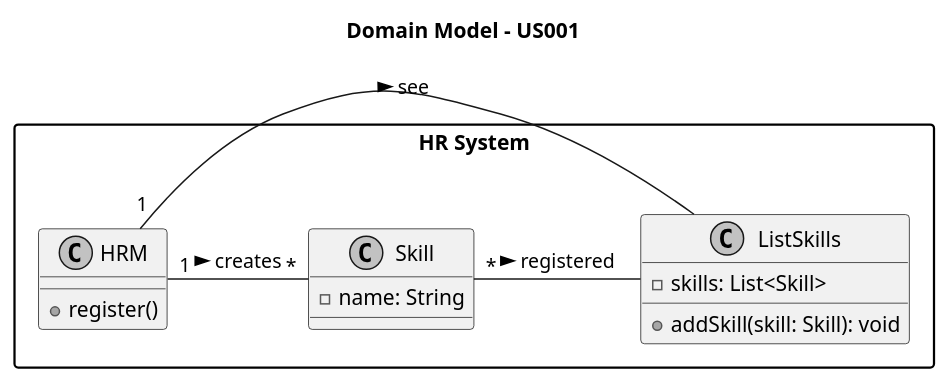
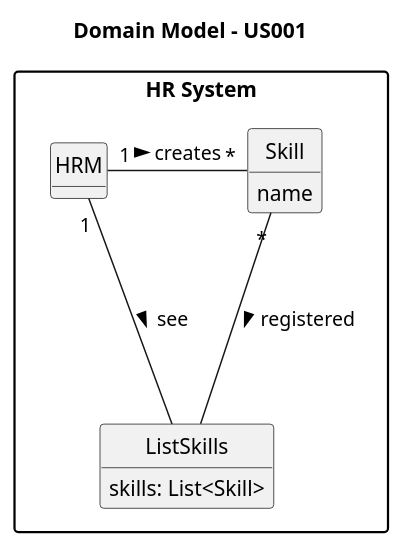
Before and after one commit to SAEmanuel/Green_Spaces_Management_ISEP: the diagram in docs/sprintA/us001/02.analysis/puml/us001-domain-model.puml, drawn with PlantUML. The commit also changed 1 other file, not shown here.

```diff
--- a/docs/sprintA/us001/02.analysis/puml/us001-domain-model.puml
+++ b/docs/sprintA/us001/02.analysis/puml/us001-domain-model.puml
@@ -1,31 +1,32 @@
 @startuml
 
 skinparam monochrome true
 skinparam packageStyle rectangle
 skinparam shadowing false
 
 title Domain Model - US001
 
+hide circles
+hide methods
+
 package "HR System" {
 
     class HRM {
-        + register()
     }
 
     class Skill {
-        - name: String
+        name
     }
 
     class ListSkills {
-        - skills: List<Skill>
-        + addSkill(skill: Skill): void
+        skills: List<Skill>
     }
 
     HRM "1" - "*" Skill : creates >
     HRM "1" - ListSkills : see >
-    Skill "*" -  ListSkills : registered >
+    Skill "*" ---  ListSkills : registered >
 }
 
 
 
 @enduml
```
